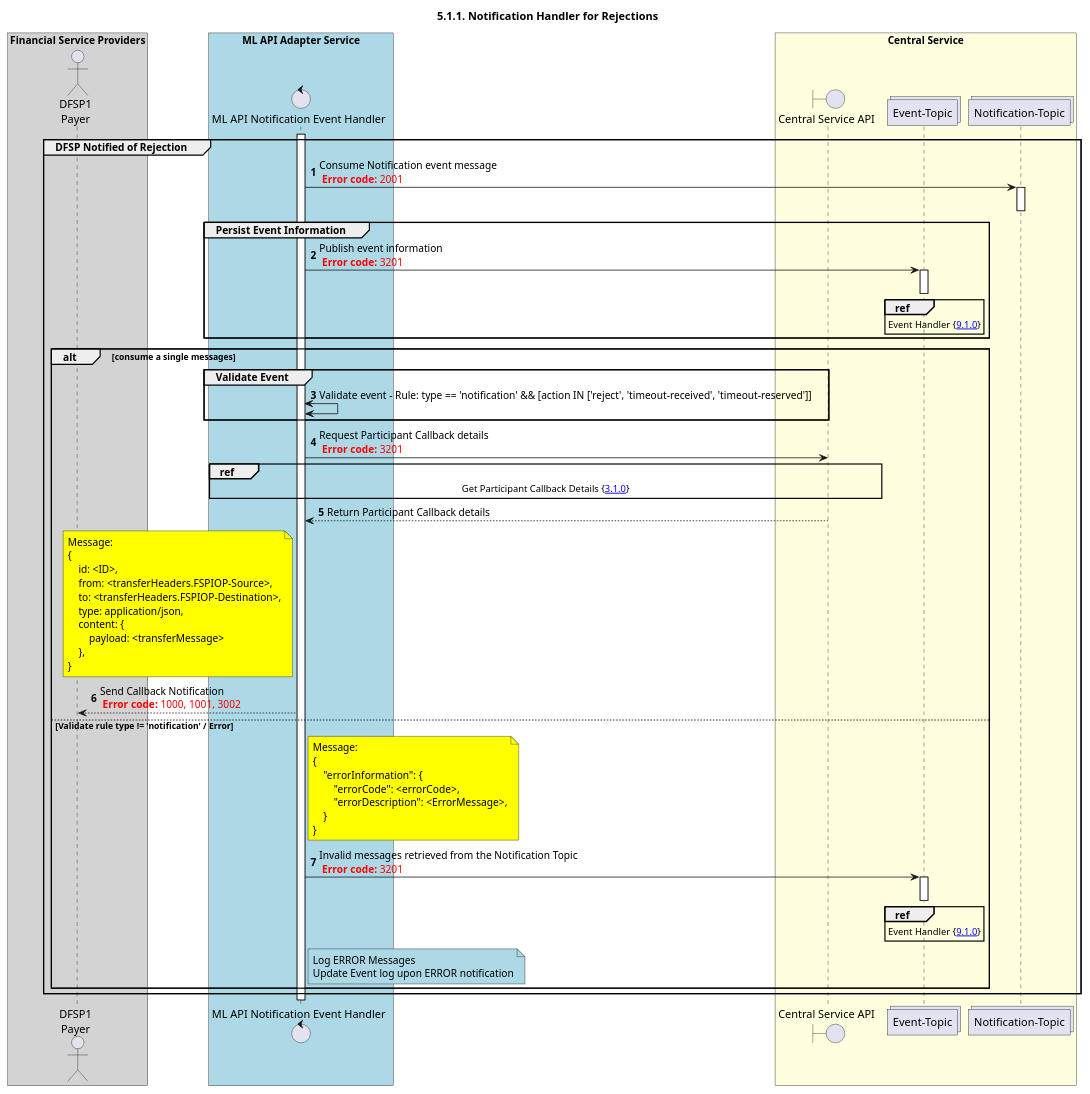
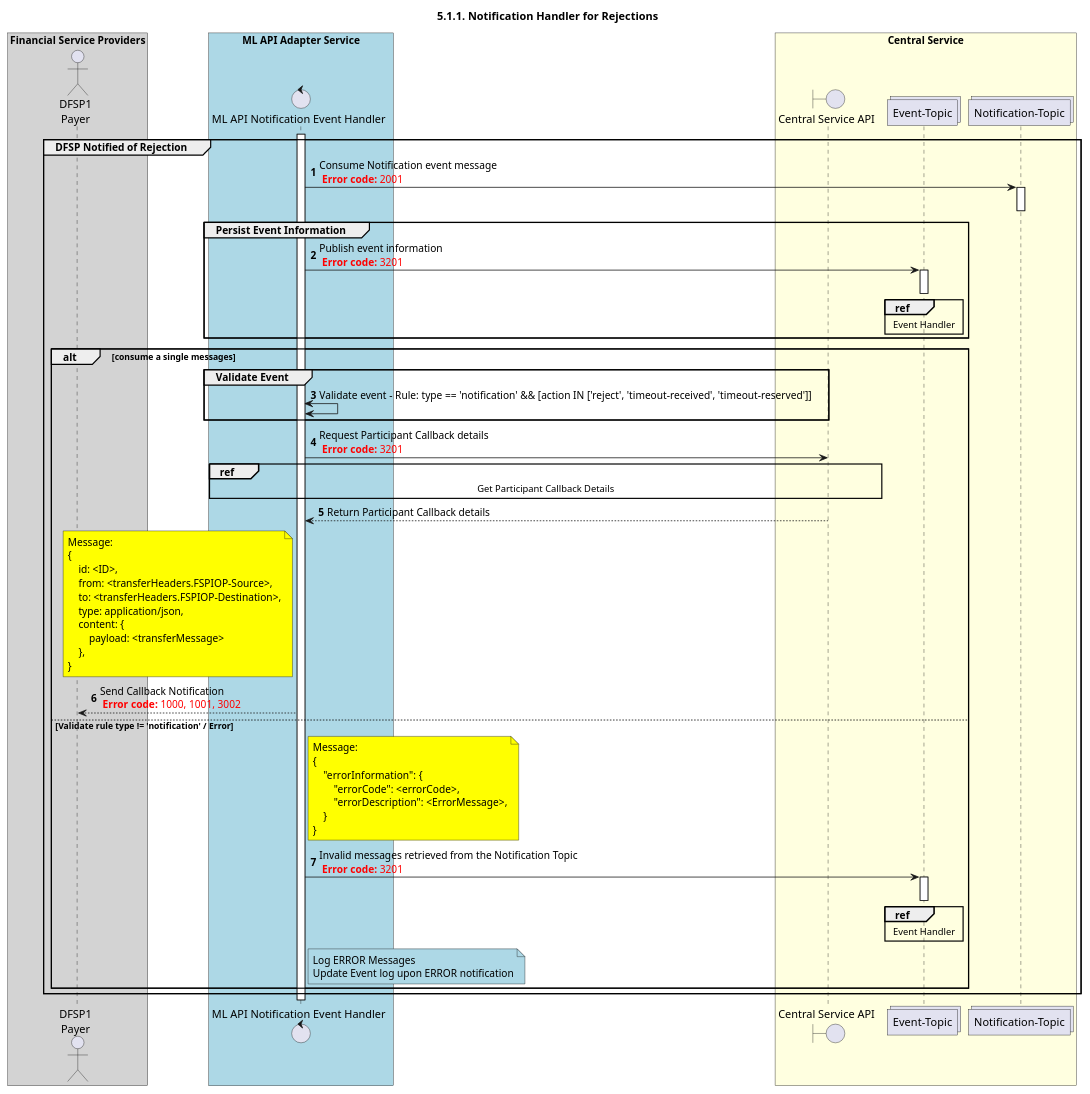
Before and after one commit to mojaloop/documentation: the diagram in mojaloop-technical-overview/central-event-processor/assets/diagrams/sequence/seq-notification-reject-5.1.1.plantuml, drawn with PlantUML. The commit also changed 22 other files, not shown here.

Commit message:
Remove SVG hrefs to mojaloop/docs

```diff
--- a/mojaloop-technical-overview/central-event-processor/assets/diagrams/sequence/seq-notification-reject-5.1.1.plantuml
+++ b/mojaloop-technical-overview/central-event-processor/assets/diagrams/sequence/seq-notification-reject-5.1.1.plantuml
@@ -26,86 +26,86 @@
 @startuml
 ' declate title
 title 5.1.1. Notification Handler for Rejections
 
 autonumber
 
 ' Actor Keys:
 
 ' declare actors
 
 actor "DFSP1\nPayer" as DFSP1
 control "ML API Notification Event Handler" as NOTIFY_HANDLER
 boundary "Central Service API" as CSAPI
 collections "Event-Topic" as TOPIC_EVENT
 collections "Notification-Topic" as TOPIC_NOTIFICATIONS
 
 box "Financial Service Providers" #lightGray
 	participant DFSP1
 end box
 
 box "ML API Adapter Service" #LightBlue
 	participant NOTIFY_HANDLER
 end box
 
 box "Central Service" #LightYellow
     participant CSAPI
     participant TOPIC_EVENT
     participant TOPIC_NOTIFICATIONS
 end box
 
 ' start flow
 
 group DFSP Notified of Rejection
     activate NOTIFY_HANDLER
         NOTIFY_HANDLER -> TOPIC_NOTIFICATIONS: Consume Notification event message \n <color #FF0000><b>Error code:</b> 2001 </color>
         activate TOPIC_NOTIFICATIONS
         deactivate TOPIC_NOTIFICATIONS
             group Persist Event Information
                 NOTIFY_HANDLER -> TOPIC_EVENT: Publish event information \n <color #FF0000><b>Error code:</b> 3201 </color>
                 activate TOPIC_EVENT
-	            ref over TOPIC_EVENT :  Event Handler {[[https://github.com/mojaloop/docs/blob/master/Diagrams/SequenceDiagrams/seq-event-9.1.0.svg 9.1.0]]}
+	            ref over TOPIC_EVENT :  Event Handler
                 deactivate TOPIC_EVENT
             end
 
     alt consume a single messages
         group Validate Event
             NOTIFY_HANDLER <-> NOTIFY_HANDLER: Validate event - Rule: type == 'notification' && [action IN ['reject', 'timeout-received', 'timeout-reserved']]
         end
         NOTIFY_HANDLER -> CSAPI: Request Participant Callback details \n <color #FF0000><b>Error code:</b> 3201 </color>
-        ref over NOTIFY_HANDLER, CSAPI: Get Participant Callback Details {[[https://github.com/mojaloop/docs/blob/master/Diagrams/SequenceDiagrams/participant/seq-callback-add-3.1.0.svg 3.1.0]]}
+        ref over NOTIFY_HANDLER, CSAPI: Get Participant Callback Details
         NOTIFY_HANDLER <-- CSAPI: Return Participant Callback details
         note left of NOTIFY_HANDLER #yellow
             Message:
             {
                 id: <ID>,
                 from: <transferHeaders.FSPIOP-Source>,
                 to: <transferHeaders.FSPIOP-Destination>,
                 type: application/json,
                 content: {
                     payload: <transferMessage>
                 },
             }
         end note
         NOTIFY_HANDLER --> DFSP1: Send Callback Notification \n <color #FF0000><b>Error code:</b> 1000, 1001, 3002 </color>
     else Validate rule type != 'notification' / Error
         note right of NOTIFY_HANDLER #yellow
             Message:
             {
                 "errorInformation": {
                     "errorCode": <errorCode>,
                     "errorDescription": <ErrorMessage>,
                 }
             }
         end note
         NOTIFY_HANDLER -> TOPIC_EVENT: Invalid messages retrieved from the Notification Topic \n <color #FF0000><b>Error code:</b> 3201 </color>
         activate TOPIC_EVENT
         deactivate TOPIC_EVENT
-        ref over TOPIC_EVENT: Event Handler {[[https://github.com/mojaloop/docs/blob/master/Diagrams/SequenceDiagrams/seq-event-9.1.0.svg 9.1.0]]}
+        ref over TOPIC_EVENT: Event Handler
         note right of NOTIFY_HANDLER #lightblue
             Log ERROR Messages
             Update Event log upon ERROR notification
         end note
 '    deactivate TOPIC_NOTIFICATIONS
     end
 end
 @enduml
```
